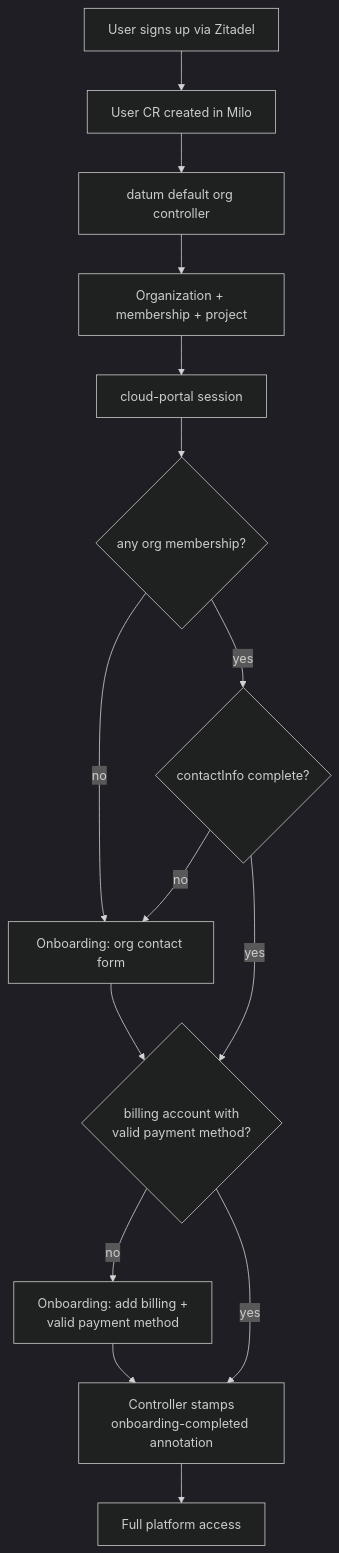
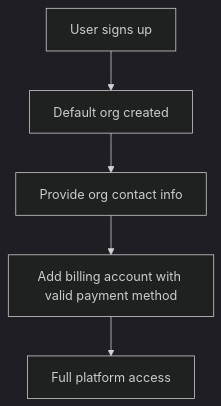
The second of 2 diagrams in enhancements/platform/identity-and-access-management/unified-organizations/README.md (datum-cloud/enhancements), drawn with Mermaid (dark theme) before and after one commit. The commit also changed other lines of this file, not shown here.

````diff
--- a/enhancements/platform/identity-and-access-management/unified-organizations/README.md
+++ b/enhancements/platform/identity-and-access-management/unified-organizations/README.md
@@ -656,17 +108,7 @@
 ```mermaid
 flowchart TD
-  signup[User signs up via Zitadel] --> userCR[User CR created in Milo]
-  userCR --> datumCtrl[datum default org controller]
-  datumCtrl --> orgCR[Organization + membership + project]
-  orgCR --> portal[cloud-portal session]
-  portal --> checkMembership{any org membership?}
-  checkMembership -->|no| onboardContact[Onboarding: org contact form]
-  checkMembership -->|yes| checkContact{contactInfo complete?}
-  checkContact -->|no| onboardContact
-  checkContact -->|yes| checkBilling{billing account with<br/>valid payment method?}
-  checkBilling -->|no| onboardBilling[Onboarding: add billing +<br/>valid payment method]
-  onboardContact --> checkBilling
-  onboardBilling --> stamp[Controller stamps<br/>onboarding-completed annotation]
-  checkBilling -->|yes| stamp
-  stamp --> app[Full platform access]
+  signup[User signs up] --> defaultOrg[Default org created]
+  defaultOrg --> contact[Provide org contact info]
+  contact --> billing[Add billing account with valid payment method]
+  billing --> access[Full platform access]
 ```
````
